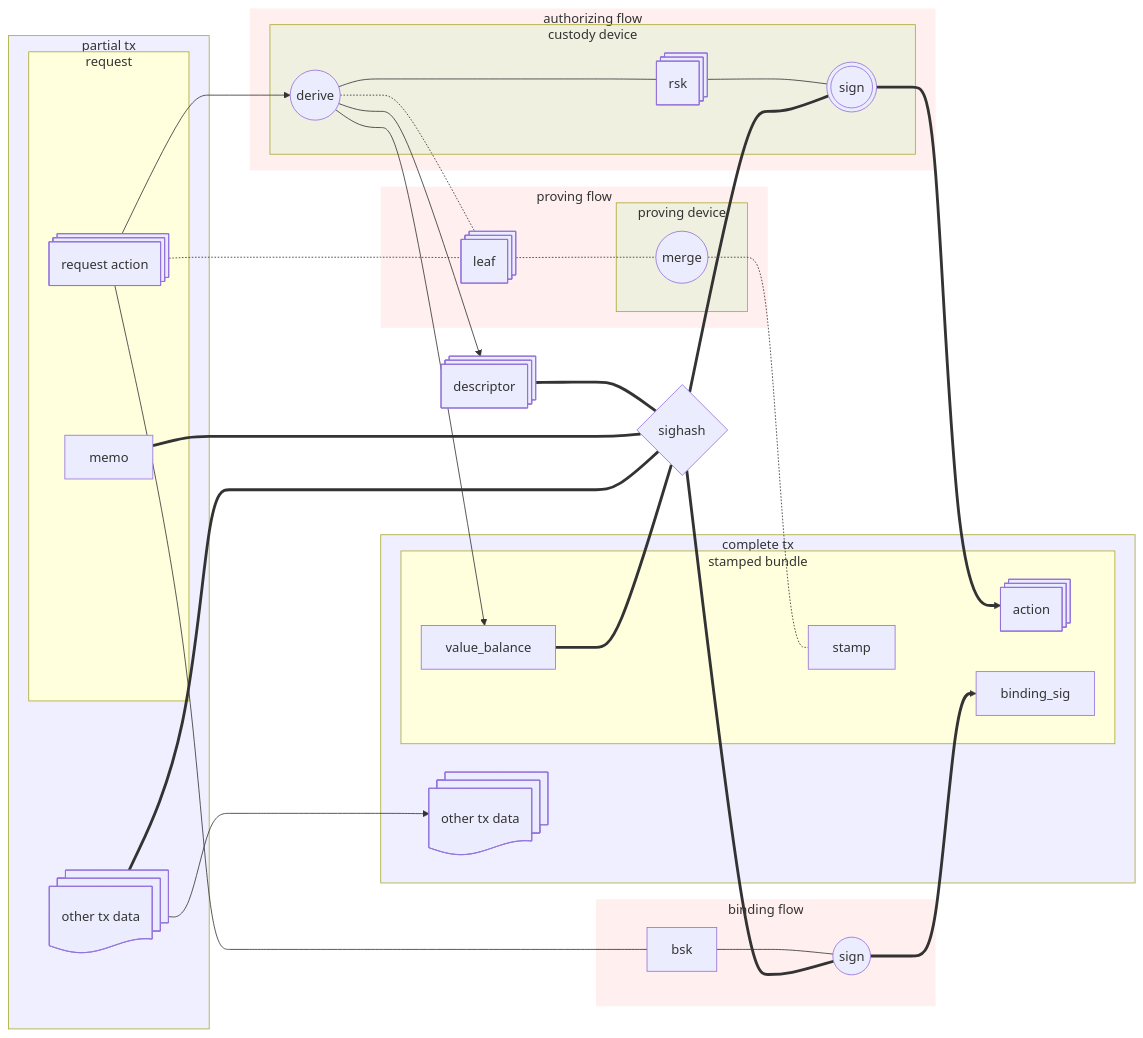
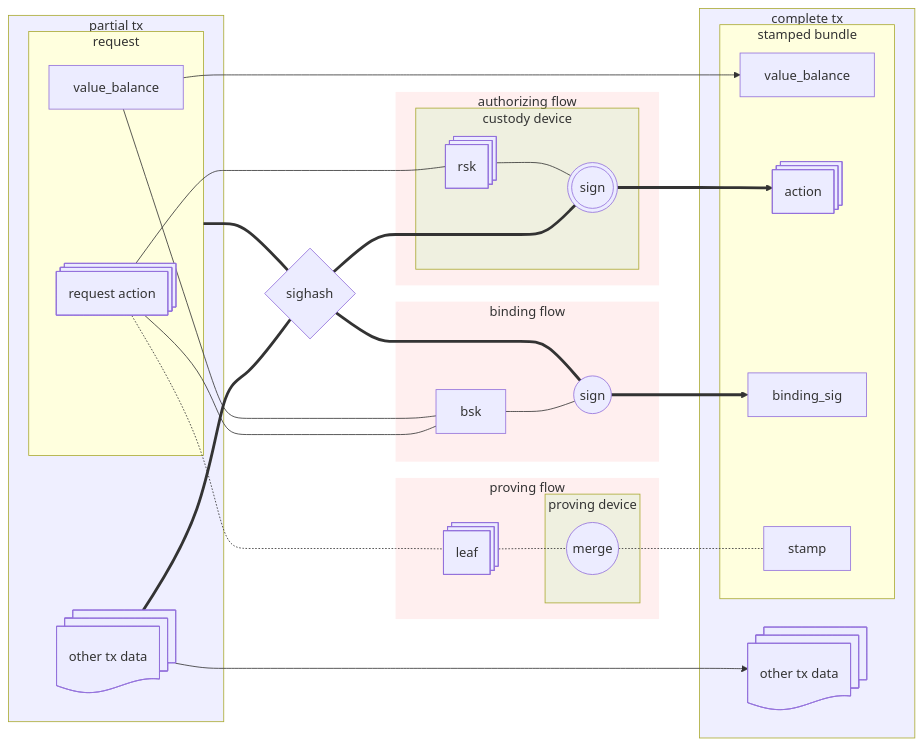
Before and after one commit to tachyon-zcash/tachyon: the second of 3 diagrams in book/src/authorization.md, drawn with Mermaid. The commit also changed other lines of this file, not shown here.

Commit message:
docs: limit authorization.md to what custody changes

````diff
--- a/book/src/authorization.md
+++ b/book/src/authorization.md
@@ -178,62 +172,68 @@
 ```mermaid
 flowchart LR
     style proving fill:#ff000010,stroke:none
     style authorization fill:#ff000010,stroke:none
     style binding fill:#ff000010,stroke:none
 
     style custody fill:#00ff0010
     style prover fill:#00ff0010
 
     style pczt fill:#0000ff10
     style tx fill:#0000ff10
 
 
     subgraph pczt[partial tx]
-        subgraph request
-            request_action@{ shape: st-rect, label: "request action" }
-            memo
+        subgraph bundle_plan["request"]
+            action_plan@{ shape: st-rect, label: "request action" }
+            value_balance
         end
-        other1@{ shape: st-doc, label: "other tx data" }
+        other1@{ shape: st-doc, label: "other tx data" } 
     end
+    pczt ~~~ sighash{sighash}
+    bundle_plan & other1 === sighash 
+
+
+    value_balance --> value_balance_2[value_balance]
 
     subgraph tx[complete tx]
         subgraph bundle["stamped bundle"]
-            value_balance
+            value_balance_2[value_balance]
             action@{ shape: st-rect }
             binding_sig
             stamp
         end
         other2@{ shape: st-doc, label: "other tx data" }
     end
 
-    subgraph authorization["authorizing flow"]
-        subgraph custody["custody device"]
-            derive((derive))
-            rsk@{ shape: st-rect }
-            sign_action((("sign")))
-        end
-    end
-    request_action --> derive
-    derive --> descriptor@{ shape: st-rect, label: "descriptor" }
-    derive --> value_balance
-    descriptor & value_balance & memo & other1 === sighash{sighash}
-    derive --- rsk --- sign_action ==> action
-    sighash === sign_action
 
-    subgraph binding["binding flow"]
-        bsk
-        sign_binding_sig(("sign"))
-    end
-    request_action --- bsk --- sign_binding_sig ==> binding_sig
-    sighash === sign_binding_sig
 
     subgraph proving["proving flow"]
         leaf@{ shape: st-rect, label: "leaf" }
         subgraph prover["proving device"]
             merge((merge))
         end
     end
-    request_action & derive -.- leaf -.- merge -.- stamp
+    action_plan -.- leaf -.- merge -.- stamp
+
+
+    sighash ~~~ binding
+    subgraph binding["binding flow"]
+        bsk 
+        sign_binding_sig(("sign"))
+    end
+    action_plan & value_balance --- bsk --- sign_binding_sig ==> binding_sig
+    sighash === sign_binding_sig
+
+    sighash ~~~ authorization
+    subgraph authorization["authorizing flow"]
+        subgraph custody["custody device"]
+            rsk@{ shape: st-rect }
+            sign_action((("sign")))
+        end
+    end
+    sighash === sign_action
+    action_plan --- rsk --- sign_action ==> action
 
     other1 --> other2
+    pczt ~~~ sighash
 ```
````
